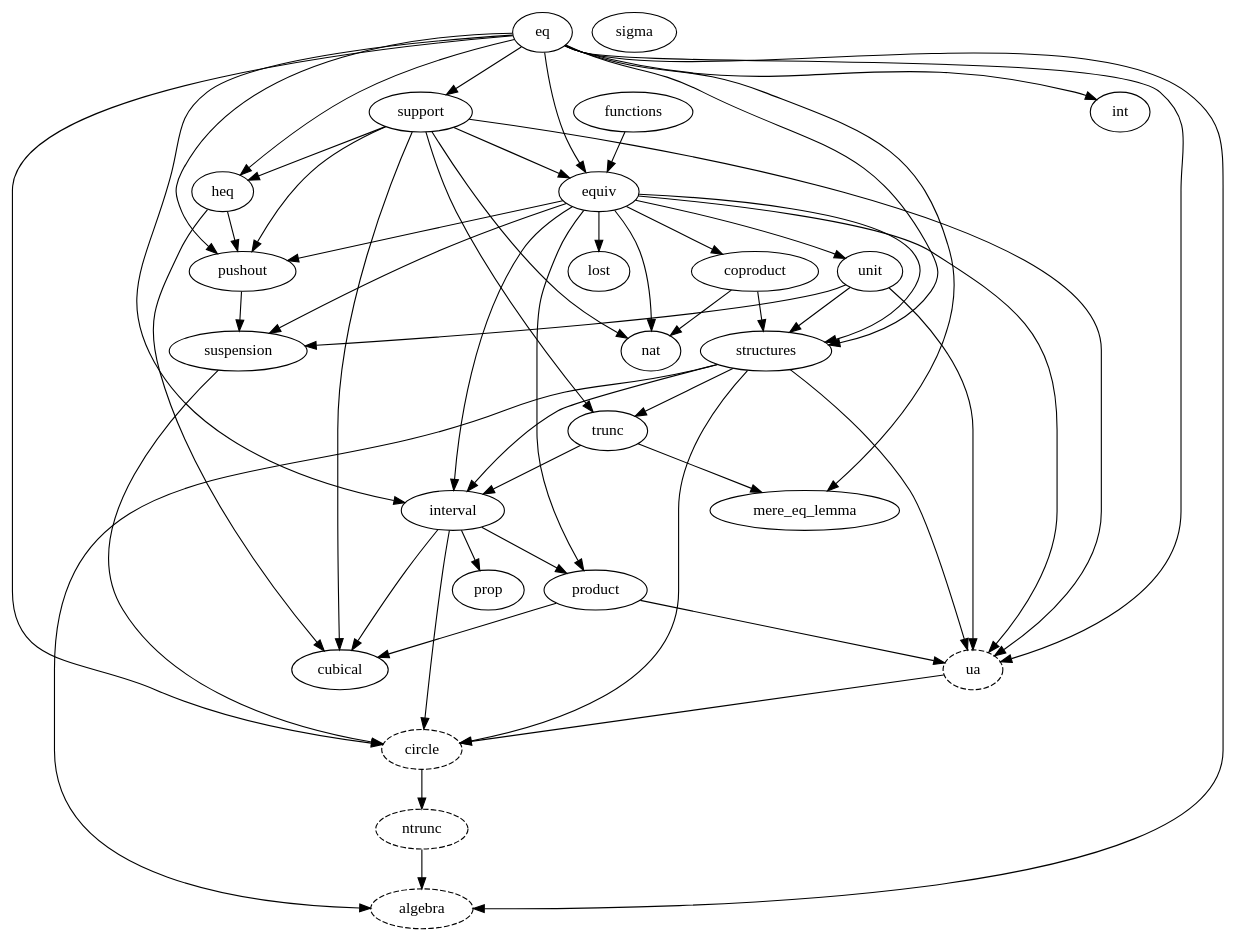
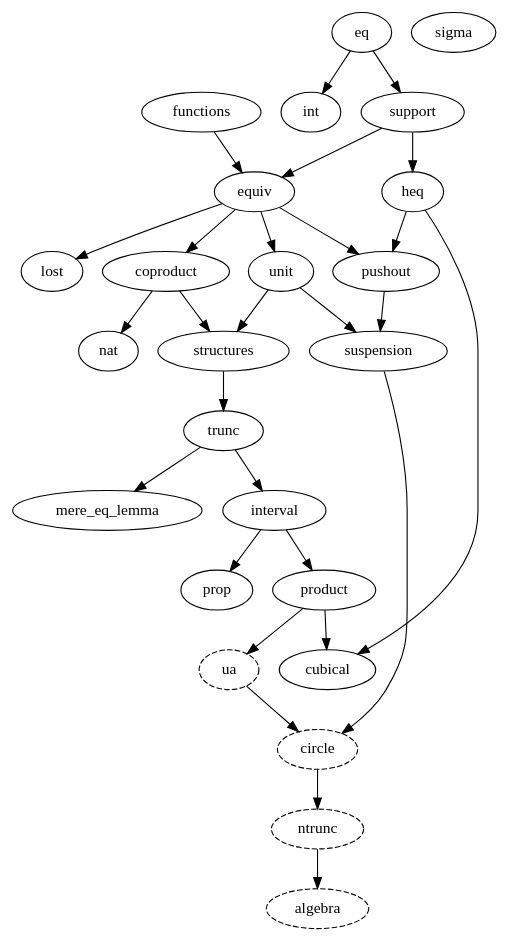
The diagram in dependency_map.gv (forked-from-1kasper/ground_zero), drawn with Graphviz before and after one commit. The commit also changed 15 other files, not shown here.

```diff
--- a/dependency_map.gv
+++ b/dependency_map.gv
@@ -1,82 +1,55 @@
 digraph dependency_map {
   algebra [style=dashed]
   ntrunc -> algebra
-  structures -> algebra
-  eq -> algebra
 
   circle [style=dashed]
   suspension -> circle
-  structures -> circle
-  interval -> circle
-  eq -> circle
   ua -> circle
 
   equiv -> coproduct
 
-  interval -> cubical
   heq -> cubical
-  support -> cubical
   product -> cubical
 
-  eq -> heq
   support -> heq
 
-  eq -> equiv
   support -> equiv
   functions -> equiv
 
   eq -> int
 
   trunc -> interval
-  eq -> interval
-  structures -> interval
-  equiv -> interval
 
-  eq -> mere_eq_lemma
   trunc -> mere_eq_lemma
 
   ntrunc [style=dashed]
   circle -> ntrunc
 
-  equiv -> product
   interval -> product
 
   interval -> prop
 
   heq -> pushout
-  eq -> pushout
-  support -> pushout
   equiv -> pushout
 
   unit -> structures
-  equiv -> structures
-  eq -> structures
   coproduct -> structures
 
   eq -> support
 
   pushout -> suspension
   unit -> suspension
-  equiv -> suspension
 
   structures -> trunc
-  support -> trunc
 
   ua [style=dashed]
-  equiv -> ua
-  eq -> ua
-  structures -> ua
-  unit -> ua
-  support -> ua
   product -> ua
 
   equiv -> unit
 
-  equiv -> nat
   coproduct -> nat
-  support -> nat
 
   equiv -> lost
 
   sigma
 }
```
